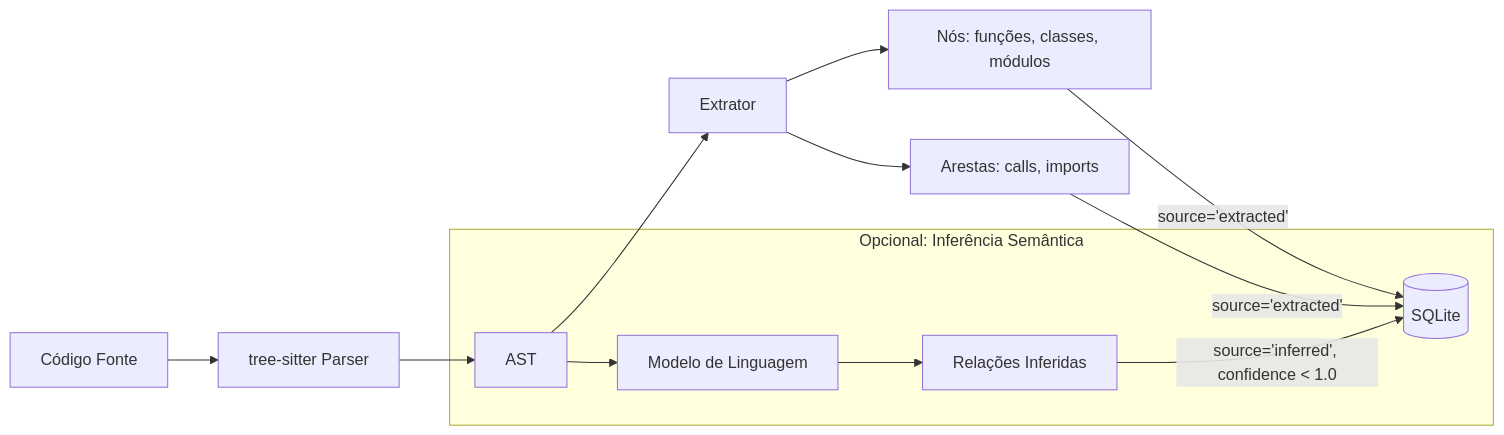
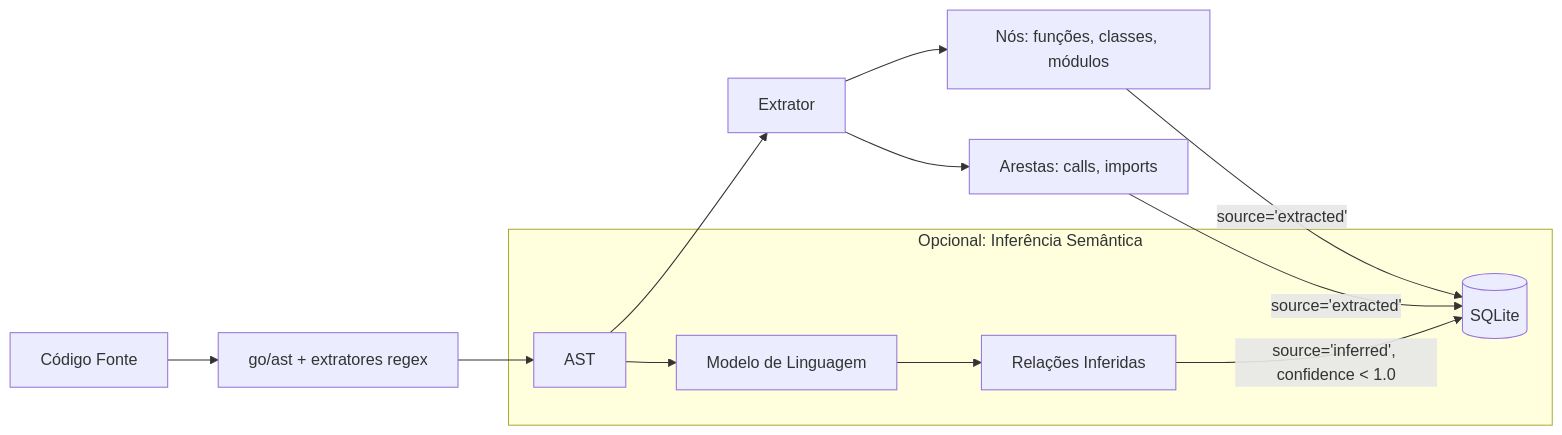
One commit to leonardo-moraes360/toolbelt changed the fifth of 17 diagrams in docs/arquitetura.md. Above: the diagram before and after it, drawn with Mermaid. The commit also changed other lines of this file and 12 other files, not shown here.

First line of the commit message:
docs(adr): ADR-014 Graphify — reimplement, don't integrate

````diff
--- a/docs/arquitetura.md
+++ b/docs/arquitetura.md
@@ -301,17 +301,17 @@
 ```mermaid
 graph LR
-    CODE[Código Fonte] --> TS[tree-sitter Parser]
+    CODE[Código Fonte] --> TS[go/ast + extratores regex]
     TS --> AST[AST]
     AST --> EXT[Extrator]
     EXT --> NODES[Nós: funções, classes, módulos]
     EXT --> EDGES[Arestas: calls, imports]
 
     NODES --> |source='extracted'| DB[(SQLite)]
     EDGES --> |source='extracted'| DB
 
     subgraph "Opcional: Inferência Semântica"
         AST --> LLM[Modelo de Linguagem]
         LLM --> INF[Relações Inferidas]
         INF --> |source='inferred', confidence < 1.0| DB
     end
 ```
````
